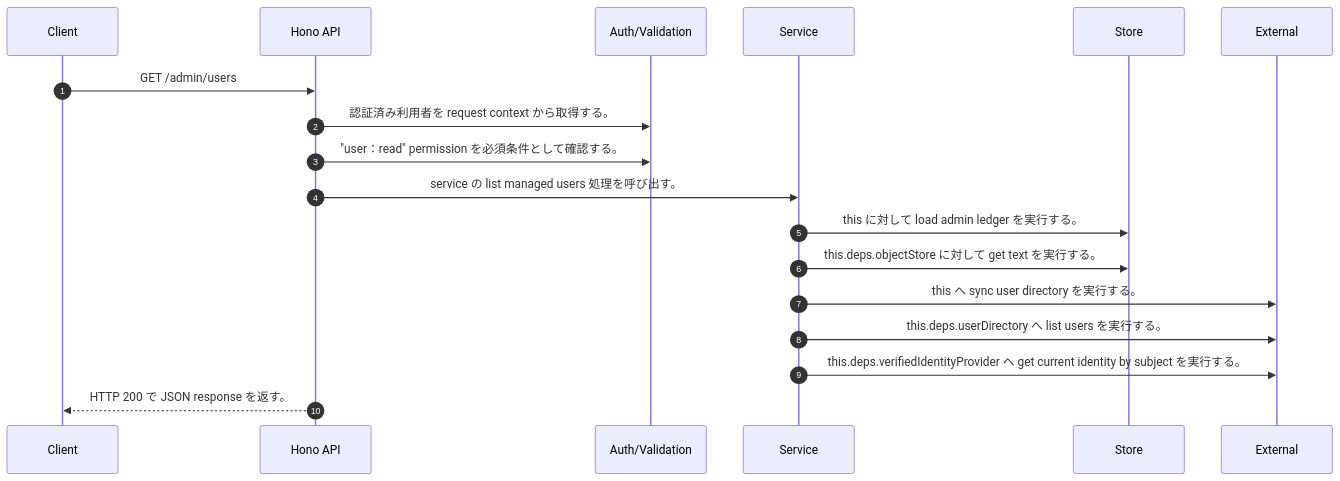
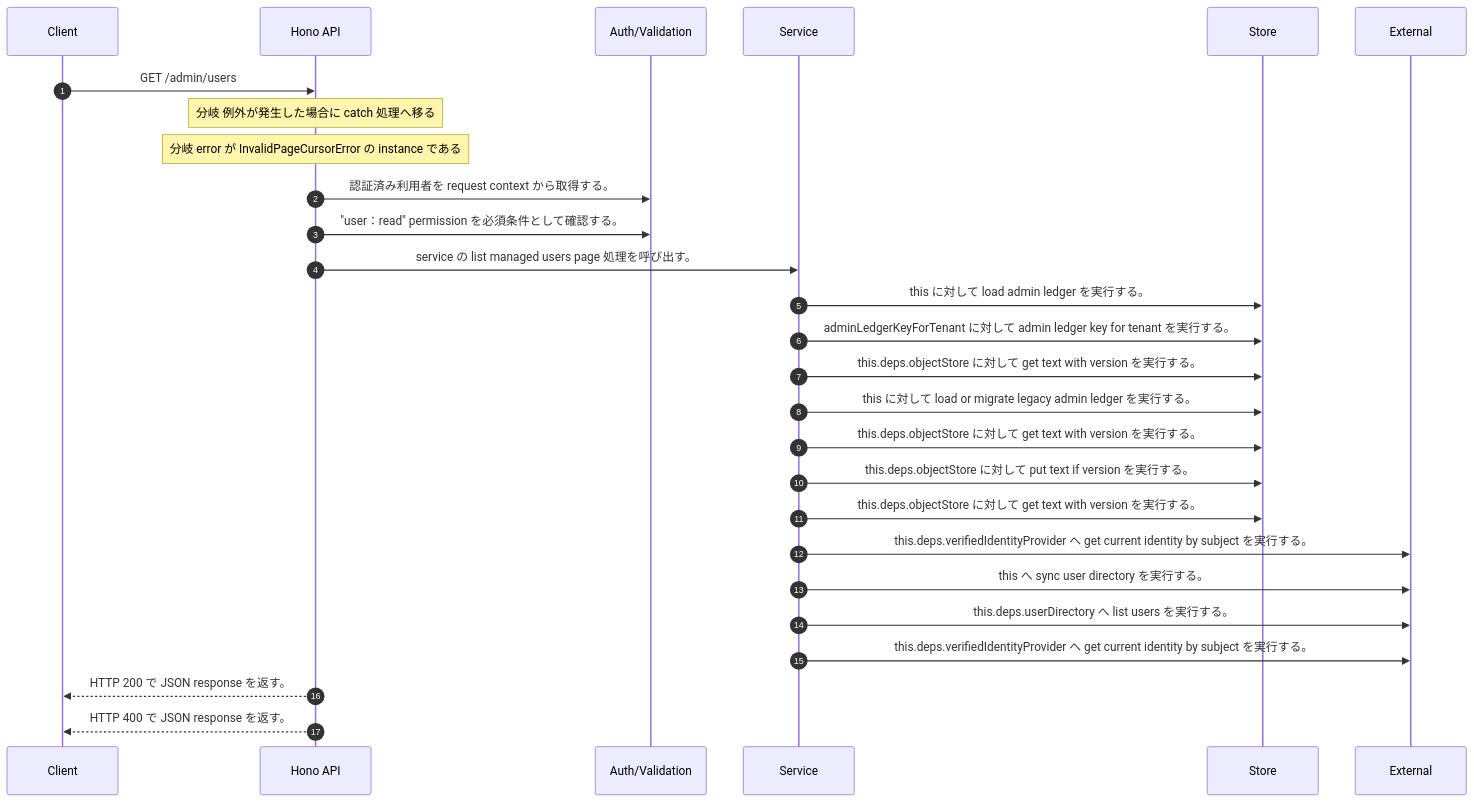
Before and after one commit to tsuji-tomonori/rag-assist: the diagram in docs/generated/api-code/get-admin-users/sequence_gen.md, drawn with Mermaid. The commit also changed other lines of this file and 407 other files, not shown here.

````diff
--- a/docs/generated/api-code/get-admin-users/sequence_gen.md
+++ b/docs/generated/api-code/get-admin-users/sequence_gen.md
@@ -7,20 +7,29 @@
 ```mermaid
 sequenceDiagram
   autonumber
   participant Client as Client
   participant API as Hono API
   participant Auth as Auth/Validation
   participant Service as Service
   participant Store as Store
   participant External as External
   Client->>API: GET /admin/users
+  Note over API: 分岐 例外が発生した場合に catch 処理へ移る
+  Note over API: 分岐 error が InvalidPageCursorError の instance である
   API->>Auth: 認証済み利用者を request context から取得する。
   API->>Auth: "user：read" permission を必須条件として確認する。
-  API->>Service: service の list managed users 処理を呼び出す。
+  API->>Service: service の list managed users page 処理を呼び出す。
   Service->>Store: this に対して load admin ledger を実行する。
-  Service->>Store: this.deps.objectStore に対して get text を実行する。
+  Service->>Store: adminLedgerKeyForTenant に対して admin ledger key for tenant を実行する。
+  Service->>Store: this.deps.objectStore に対して get text with version を実行する。
+  Service->>Store: this に対して load or migrate legacy admin ledger を実行する。
+  Service->>Store: this.deps.objectStore に対して get text with version を実行する。
+  Service->>Store: this.deps.objectStore に対して put text if version を実行する。
+  Service->>Store: this.deps.objectStore に対して get text with version を実行する。
+  Service->>External: this.deps.verifiedIdentityProvider へ get current identity by subject を実行する。
   Service->>External: this へ sync user directory を実行する。
   Service->>External: this.deps.userDirectory へ list users を実行する。
   Service->>External: this.deps.verifiedIdentityProvider へ get current identity by subject を実行する。
   API-->>Client: HTTP 200 で JSON response を返す。
+  API-->>Client: HTTP 400 で JSON response を返す。
 ```
````
